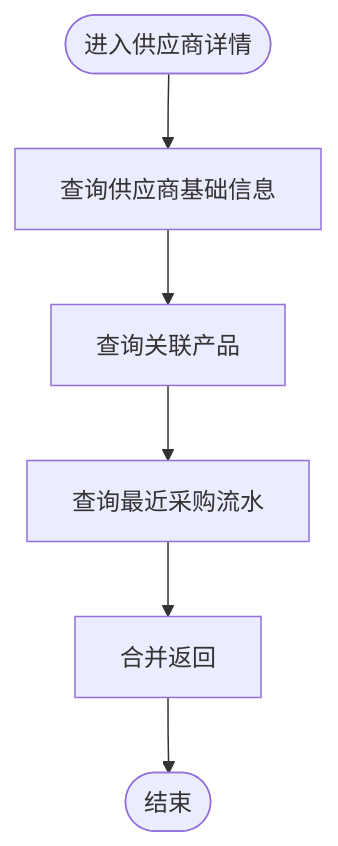
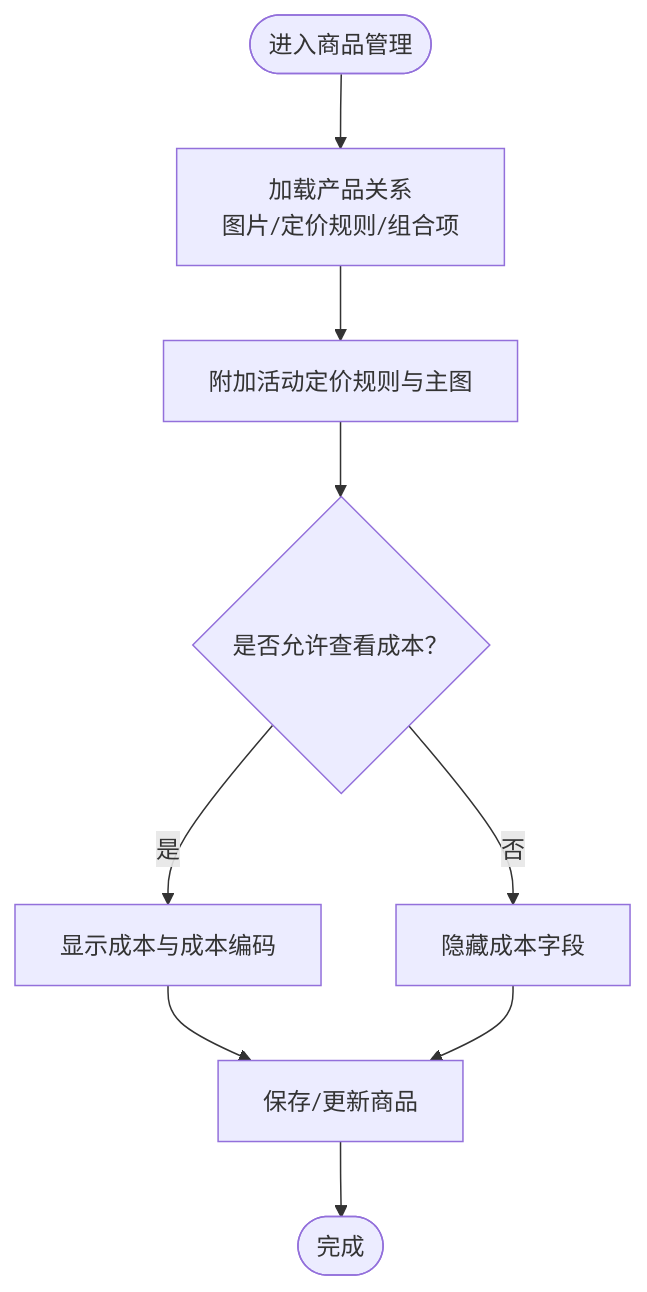
The fourth of 9 diagrams in .qoder/repowiki/zh/content/核心功能模块/核心功能模块.md (Juny09/inventory_system), drawn with Mermaid before and after one commit. The commit also changed other lines of this file and 171 other files, not shown here.

````diff
--- a/.qoder/repowiki/zh/content/核心功能模块/核心功能模块.md
+++ b/.qoder/repowiki/zh/content/核心功能模块/核心功能模块.md
@@ -234,8 +168,11 @@
 ```mermaid
 flowchart TD
-Start(["进入供应商详情"]) --> LoadSup["查询供应商基础信息"]
-LoadSup --> LoadProds["查询关联产品"]
-LoadProds --> LoadPurchases["查询最近采购流水"]
-LoadPurchases --> Merge["合并返回"]
-Merge --> End(["结束"])
+Start(["进入商品管理"]) --> Load["加载产品关系<br/>图片/定价规则/组合项"]
+Load --> Attach["附加活动定价规则与主图"]
+Attach --> CostAccess{"是否允许查看成本？"}
+CostAccess --> |是| Mask["显示成本与成本编码"]
+CostAccess --> |否| Hide["隐藏成本字段"]
+Mask --> Save["保存/更新商品"]
+Hide --> Save
+Save --> End(["完成"])
 ```
````
